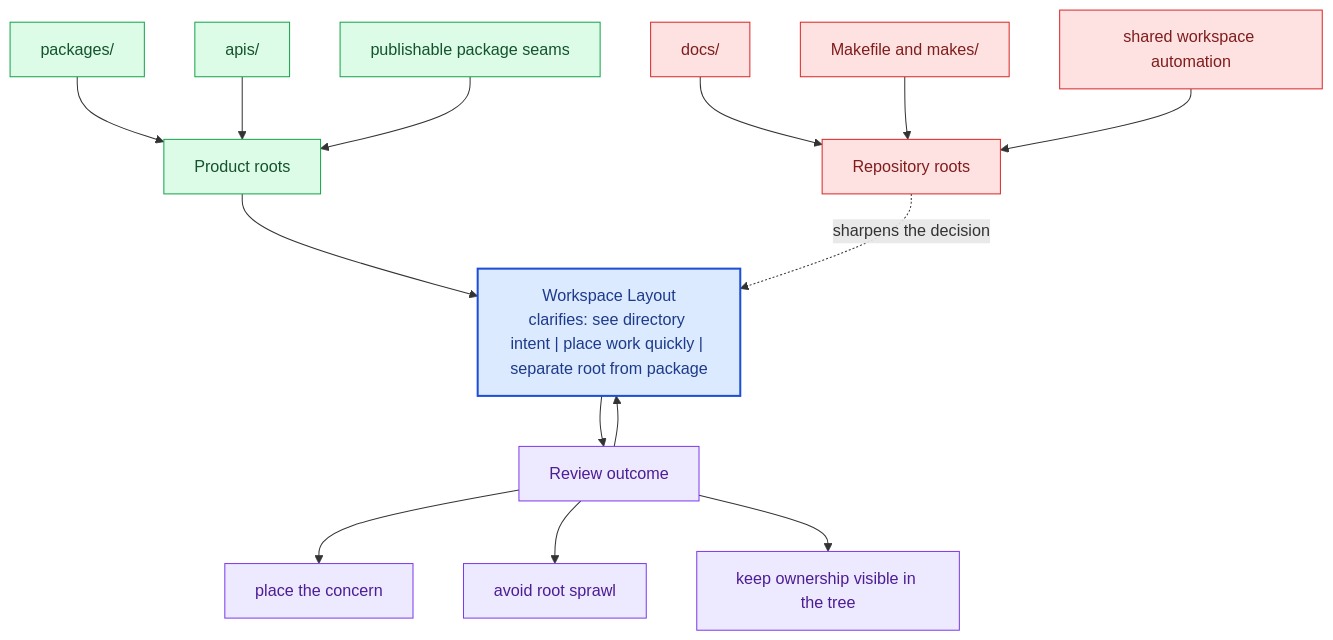
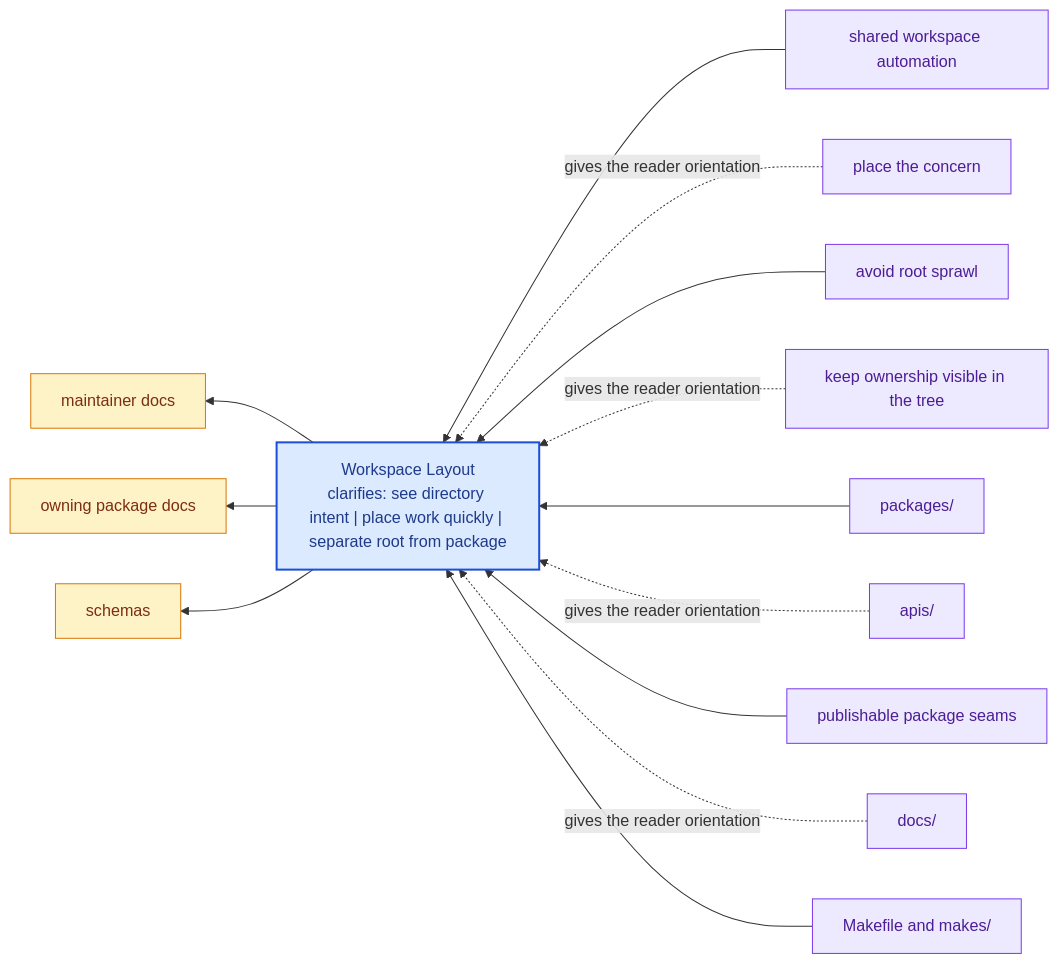
Before and after one commit to bijux/bijux-canon: the diagram in docs/bijux-canon/workspace-layout.md, drawn with Mermaid. The commit also changed other lines of this file and 281 other files, not shown here.

Commit message:
docs(diagrams): replace repeated mermaid scaffolds with page-specific summaries

````diff
--- a/docs/bijux-canon/workspace-layout.md
+++ b/docs/bijux-canon/workspace-layout.md
@@ -66,40 +21,36 @@
 ```mermaid
-flowchart TB
-    promise["Workspace Layout<br/>clarifies: see directory intent | place work quickly | separate root from package"]
-    classDef promise fill:#dbeafe,stroke:#1d4ed8,color:#1e3a8a,stroke-width:2px;
-    classDef driver fill:#dcfce7,stroke:#16a34a,color:#14532d;
-    classDef constraint fill:#fee2e2,stroke:#dc2626,color:#7f1d1d;
-    classDef ground fill:#ede9fe,stroke:#7c3aed,color:#4c1d95;
-    focus1["Product roots"]
-    focus1 --> promise
-    focus1_1["packages/"]
-    focus1_1 --> focus1
-    focus1_2["apis/"]
-    focus1_2 --> focus1
-    focus1_3["publishable package seams"]
-    focus1_3 --> focus1
-    class focus1 driver;
-    class focus1_1,focus1_2,focus1_3 driver;
-    focus2["Repository roots"]
-    focus2 -.sharpens the decision.-> promise
-    focus2_1["docs/"]
-    focus2_1 --> focus2
-    focus2_2["Makefile and makes/"]
-    focus2_2 --> focus2
-    focus2_3["shared workspace automation"]
-    focus2_3 --> focus2
-    class focus2 constraint;
-    class focus2_1,focus2_2,focus2_3 constraint;
-    focus3["Review outcome"]
-    focus3 --> promise
-    promise --> focus3
-    focus3_1["place the concern"]
-    focus3 --> focus3_1
-    focus3_2["avoid root sprawl"]
-    focus3 --> focus3_2
-    focus3_3["keep ownership visible in the tree"]
-    focus3 --> focus3_3
-    class focus3 ground;
-    class focus3_1,focus3_2,focus3_3 ground;
-    class promise promise;
+flowchart RL
+    page["Workspace Layout<br/>clarifies: see directory intent | place work quickly | separate root from package"]
+    classDef page fill:#dbeafe,stroke:#1d4ed8,color:#1e3a8a,stroke-width:2px;
+    classDef positive fill:#dcfce7,stroke:#16a34a,color:#14532d;
+    classDef caution fill:#fee2e2,stroke:#dc2626,color:#7f1d1d;
+    classDef anchor fill:#ede9fe,stroke:#7c3aed,color:#4c1d95;
+    classDef action fill:#fef3c7,stroke:#d97706,color:#7c2d12;
+    detail1["shared workspace automation"]
+    detail1 --> page
+    detail2["place the concern"]
+    detail2 -.gives the reader orientation.-> page
+    detail3["avoid root sprawl"]
+    detail3 --> page
+    detail4["keep ownership visible in the tree"]
+    detail4 -.gives the reader orientation.-> page
+    detail5["packages/"]
+    detail5 --> page
+    detail6["apis/"]
+    detail6 -.gives the reader orientation.-> page
+    detail7["publishable package seams"]
+    detail7 --> page
+    detail8["docs/"]
+    detail8 -.gives the reader orientation.-> page
+    detail9["Makefile and makes/"]
+    detail9 --> page
+    next1["maintainer docs"]
+    page --> next1
+    next2["owning package docs"]
+    page --> next2
+    next3["schemas"]
+    page --> next3
+    class page page;
+    class detail1,detail2,detail3,detail4,detail5,detail6,detail7,detail8,detail9 anchor;
+    class next1,next2,next3 action;
 ```
````
